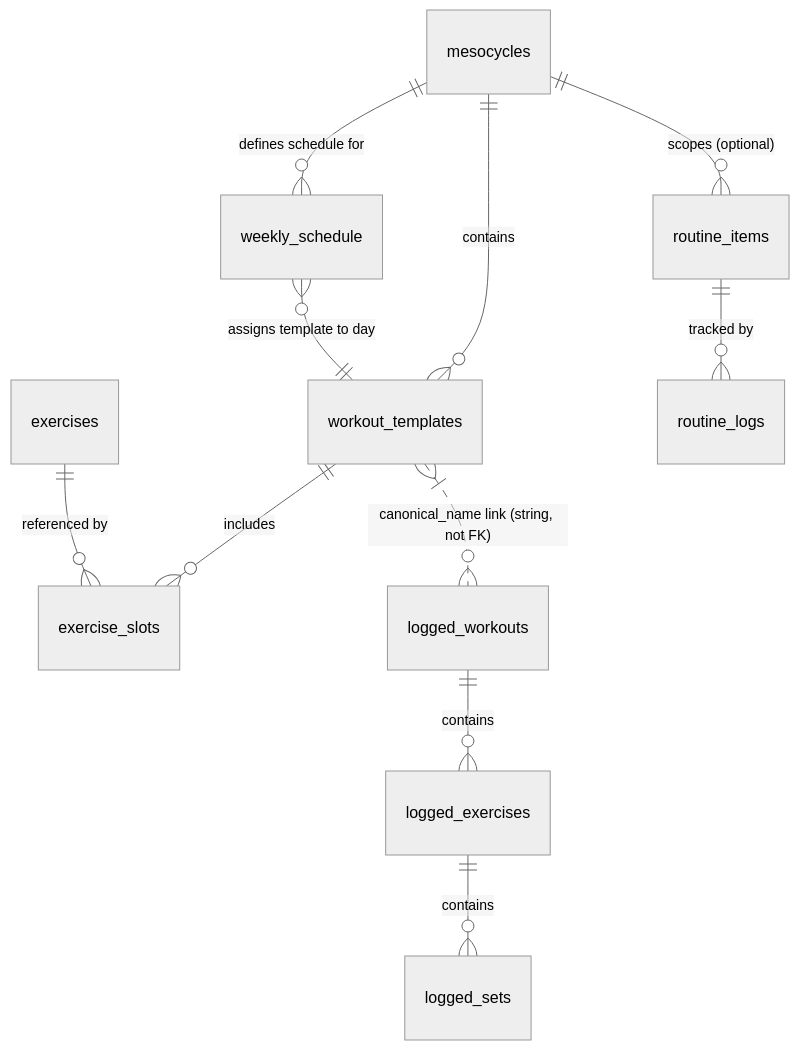
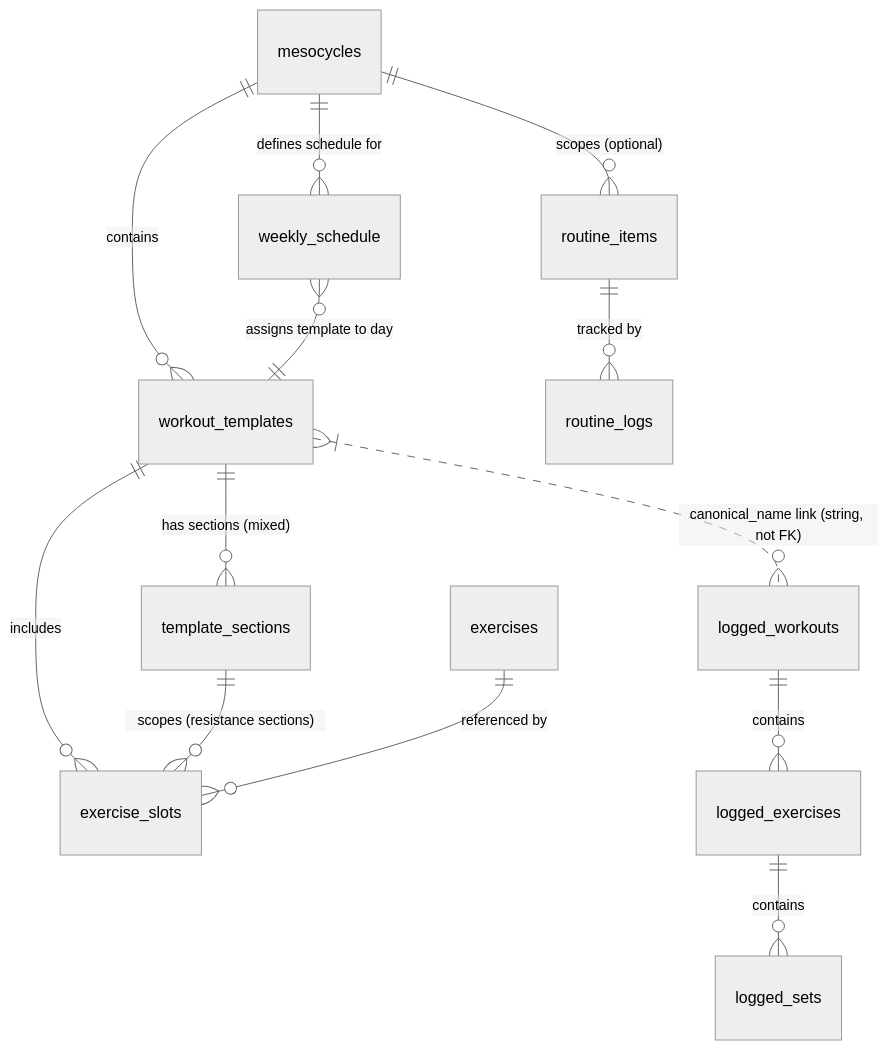
Before and after one commit to yaronmolho1/fitness-app: the second of 2 diagrams in docs/architecture.md, drawn with Mermaid (neutral theme). The commit also changed other lines of this file and 9 other files, not shown here.

First line of the commit message:
feat(today): T121 mixed template display on Today page (#247)

````diff
--- a/docs/architecture.md
+++ b/docs/architecture.md
@@ -54,15 +54,17 @@
 ```mermaid
 erDiagram
     mesocycles ||--o{ workout_templates : "contains"
     mesocycles ||--o{ weekly_schedule : "defines schedule for"
     mesocycles ||--o{ routine_items : "scopes (optional)"
+    workout_templates ||--o{ template_sections : "has sections (mixed)"
     workout_templates ||--o{ exercise_slots : "includes"
+    template_sections ||--o{ exercise_slots : "scopes (resistance sections)"
     exercises ||--o{ exercise_slots : "referenced by"
     weekly_schedule }o--|| workout_templates : "assigns template to day"
 
     logged_workouts ||--o{ logged_exercises : "contains"
     logged_exercises ||--o{ logged_sets : "contains"
     routine_items ||--o{ routine_logs : "tracked by"
 
     workout_templates }|..o{ logged_workouts : "canonical_name link (string, not FK)"
 ```
````
